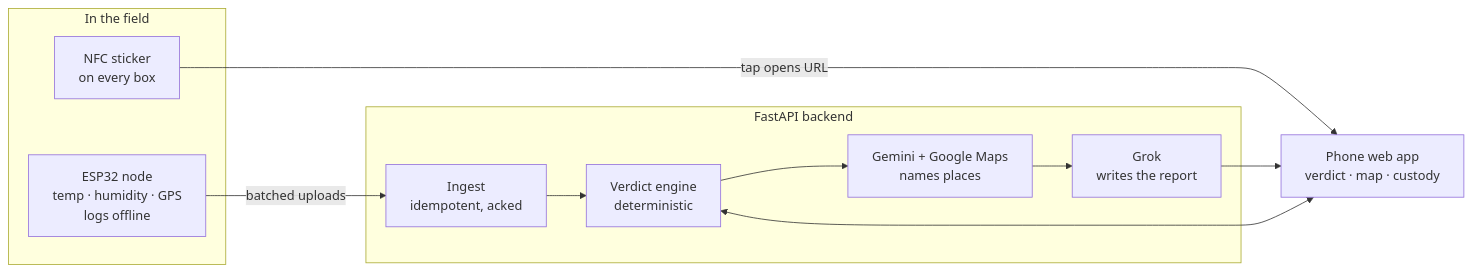
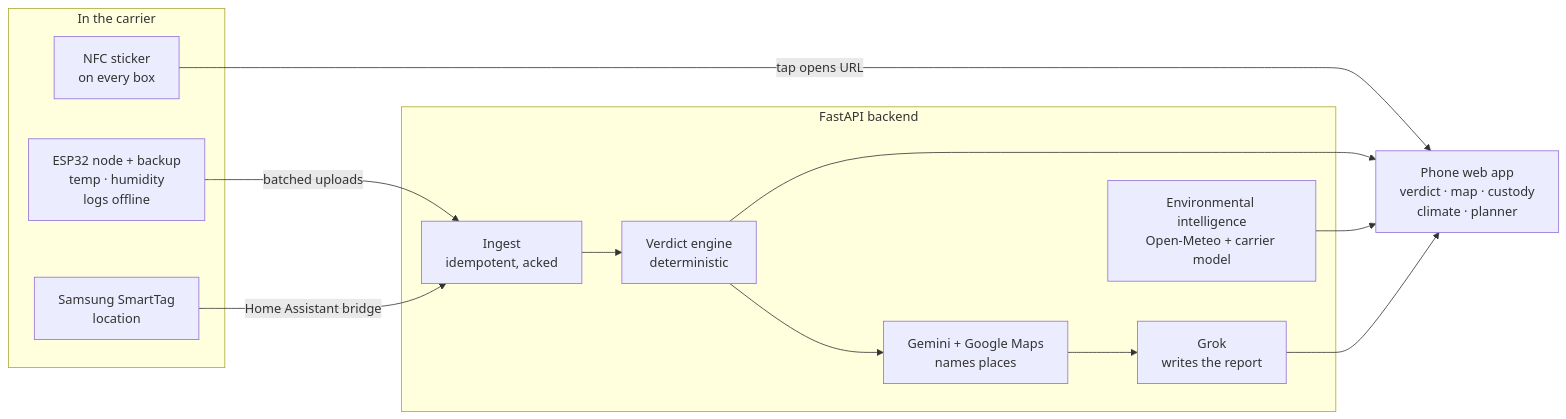
Before and after one commit to SoumilBhandari/SecuriVax: the diagram in README.md, drawn with Mermaid. The commit also changed other lines of this file and 7 other files, not shown here.

First line of the commit message:
docs: add environmental intelligence, SmartTag bridge, redundancy and hardware build guide

````diff
--- a/README.md
+++ b/README.md
@@ -20,19 +27,22 @@
 ```mermaid
 flowchart LR
-    subgraph field[In the field]
-        N["ESP32 node<br/>temp · humidity · GPS<br/>logs offline"]
+    subgraph field[In the carrier]
+        N["ESP32 node + backup<br/>temp · humidity<br/>logs offline"]
+        S["Samsung SmartTag<br/>location"]
         T["NFC sticker<br/>on every box"]
     end
     subgraph api[FastAPI backend]
         I["Ingest<br/>idempotent, acked"]
         E["Verdict engine<br/>deterministic"]
+        W["Environmental intelligence<br/>Open-Meteo + carrier model"]
         G["Gemini + Google Maps<br/>names places"]
         X["Grok<br/>writes the report"]
     end
-    P["Phone web app<br/>verdict · map · custody"]
+    P["Phone web app<br/>verdict · map · custody<br/>climate · planner"]
     N -- batched uploads --> I
+    S -- Home Assistant bridge --> I
     T -- tap opens URL --> P
-    P <--> E
-    I --> E
+    I --> E --> P
+    W --> P
     E --> G --> X --> P
 ```
````
